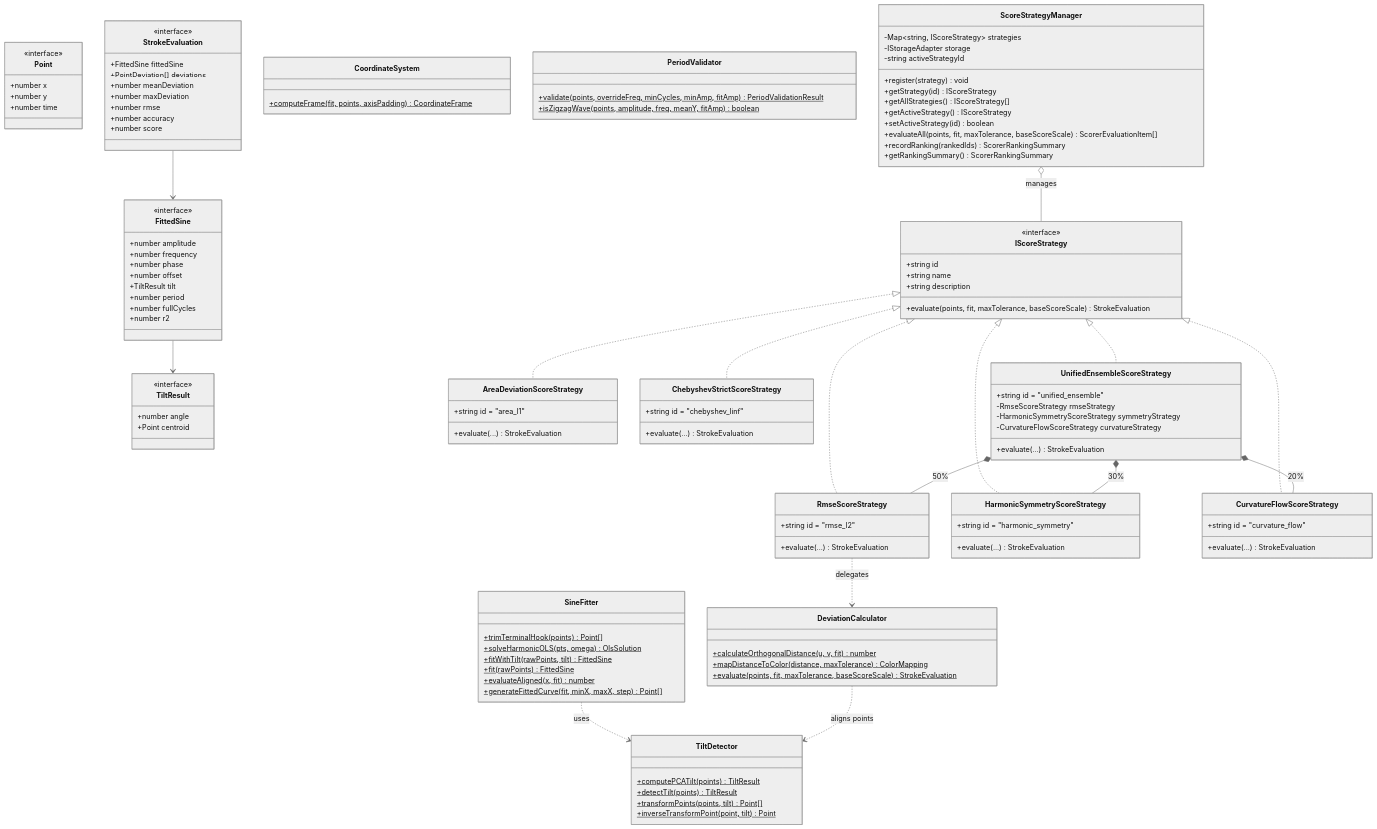
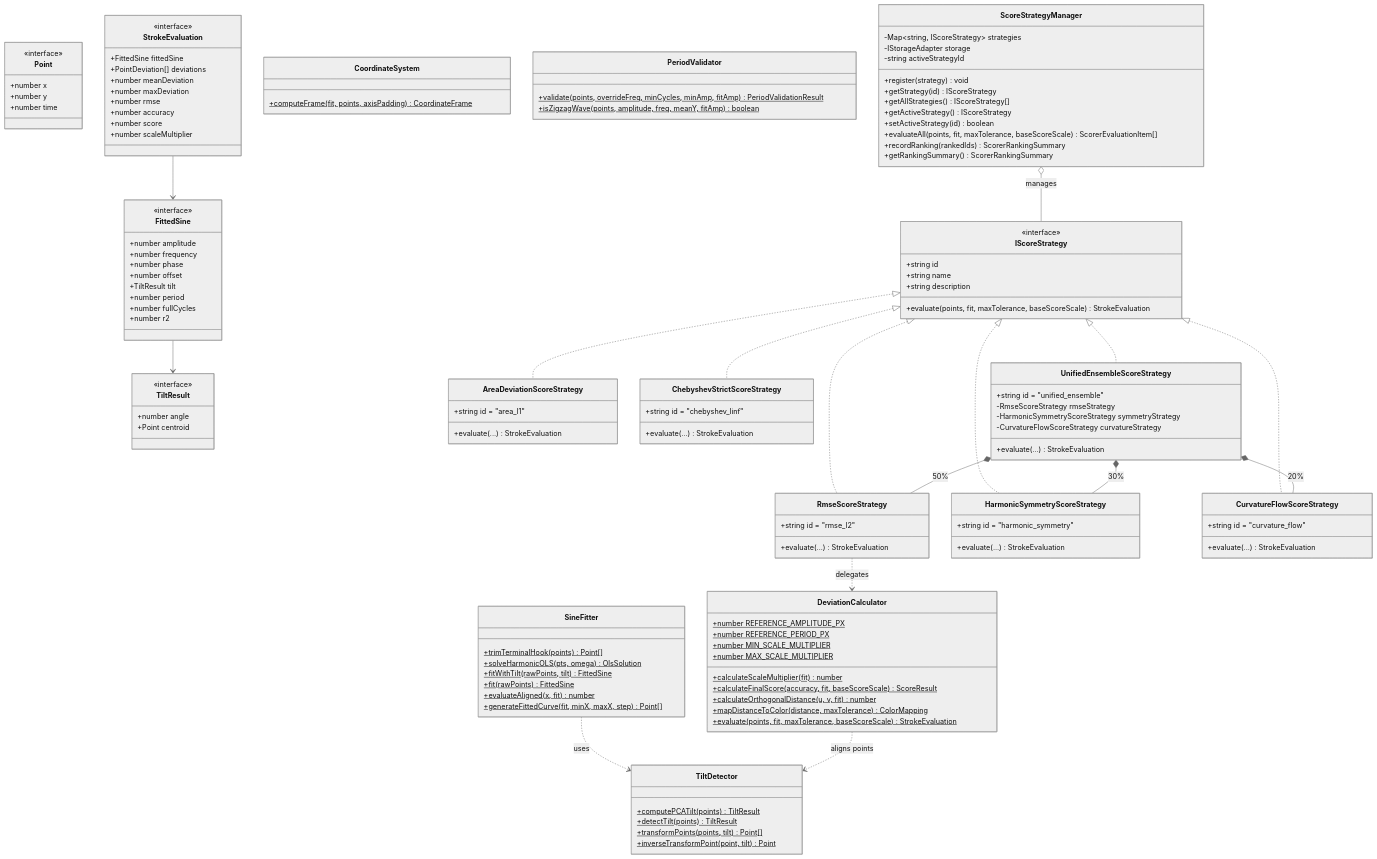
One commit to maxmmueller/perfect-sine changed the second of 5 diagrams in docs/ARCHITECTURE.md. Above: the diagram before and after it, drawn with Mermaid (neutral theme). The commit also changed 11 other files, not shown here.

Commit message:
feat(scoring): add spatial scale multiplier for wave size

```diff
--- a/docs/ARCHITECTURE.md
+++ b/docs/ARCHITECTURE.md
@@ -195,6 +195,7 @@
         +number rmse
         +number accuracy
         +number score
+        +number scaleMultiplier
     }
 
     class TiltDetector {
@@ -223,6 +224,12 @@
     }
 
     class DeviationCalculator {
+        +number REFERENCE_AMPLITUDE_PX$
+        +number REFERENCE_PERIOD_PX$
+        +number MIN_SCALE_MULTIPLIER$
+        +number MAX_SCALE_MULTIPLIER$
+        +calculateScaleMultiplier(fit)$ number
+        +calculateFinalScore(accuracy, fit, baseScoreScale)$ ScoreResult
         +calculateOrthogonalDistance(u, v, fit)$ number
         +mapDistanceToColor(distance, maxTolerance)$ ColorMapping
         +evaluate(points, fit, maxTolerance, baseScoreScale)$ StrokeEvaluation
```
